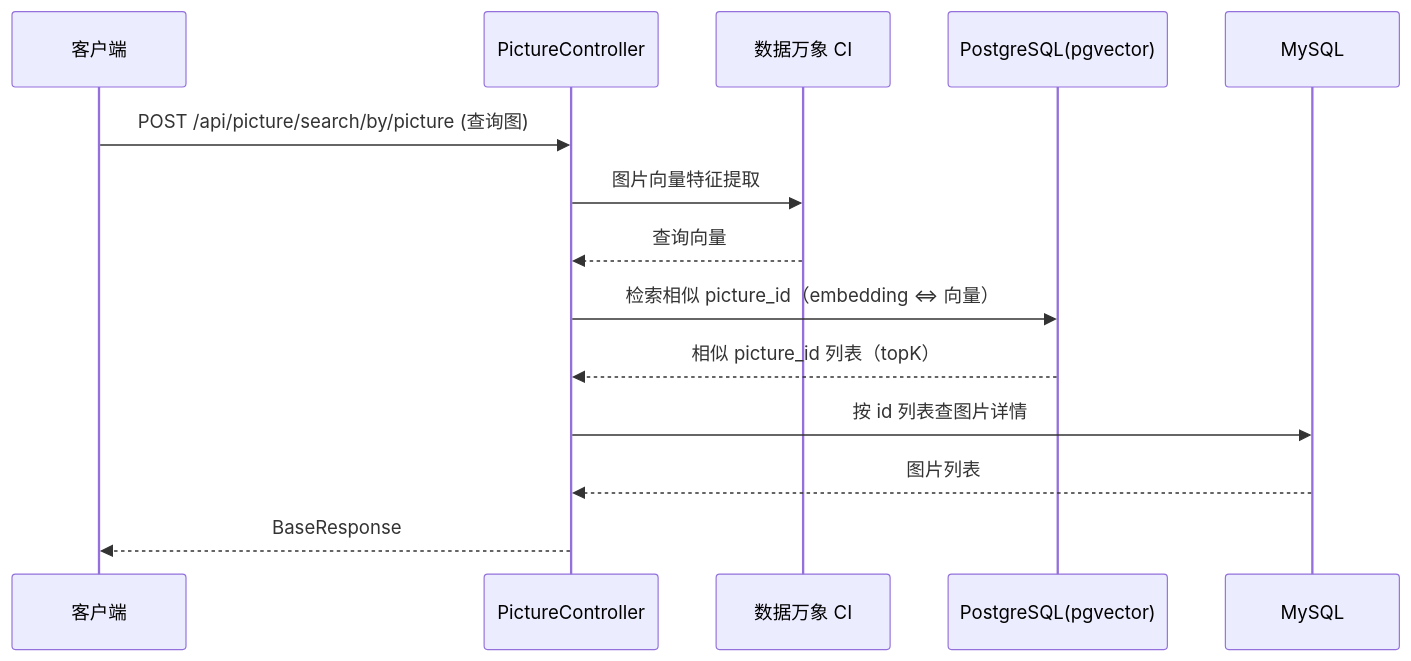
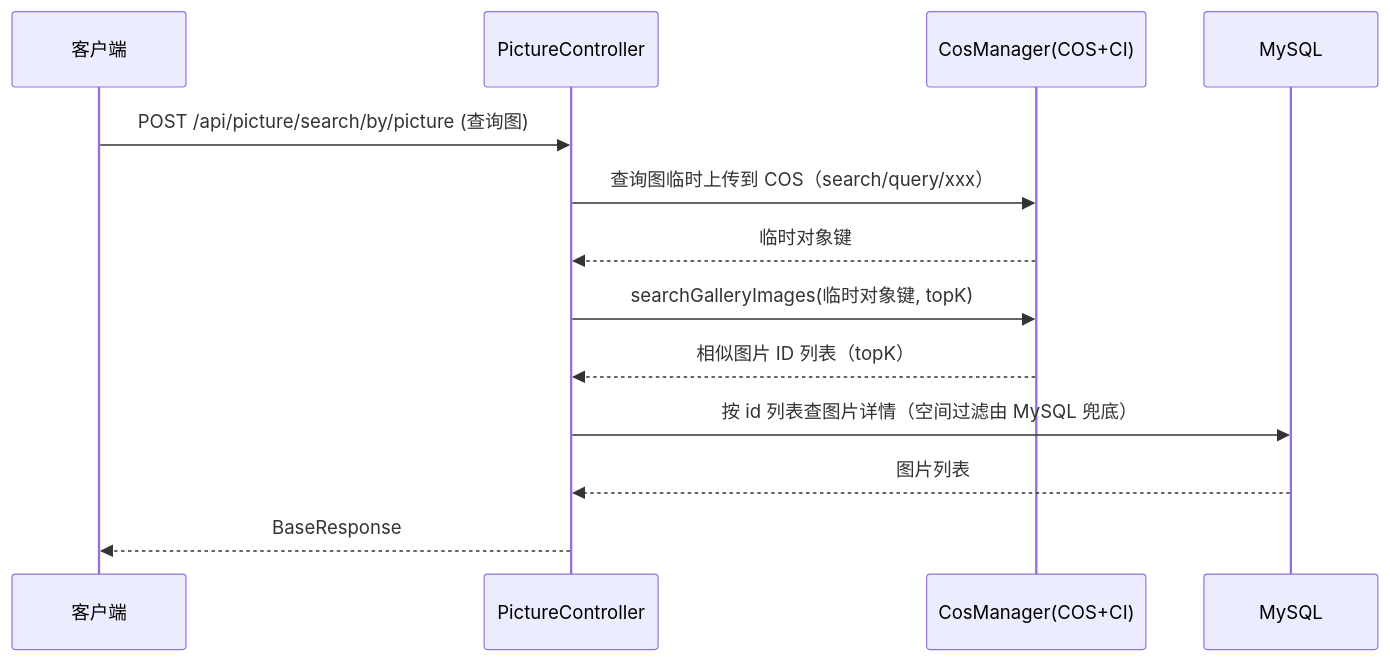
Before and after one commit to ylumqaq/cloud-gallery: the fifth of 6 diagrams in docs/backend/详细设计文档.md, drawn with Mermaid. The commit also changed other lines of this file and 30 other files, not shown here.

Commit message:
删除以图搜图策略模式，仅保留腾讯云 CI 托管图片检索

````diff
--- a/docs/backend/详细设计文档.md
+++ b/docs/backend/详细设计文档.md
@@ -109,17 +108,16 @@
 ```mermaid
 sequenceDiagram
     participant C as 客户端
     participant Ctrl as PictureController
-    participant CI as 数据万象 CI
-    participant PG as PostgreSQL(pgvector)
+    participant COS as CosManager(COS+CI)
     participant DB as MySQL
 
     C->>Ctrl: POST /api/picture/search/by/picture (查询图)
-    Ctrl->>CI: 图片向量特征提取
-    CI-->>Ctrl: 查询向量
-    Ctrl->>PG: 检索相似 picture_id（embedding <=> 向量）
-    PG-->>Ctrl: 相似 picture_id 列表（topK）
-    Ctrl->>DB: 按 id 列表查图片详情
+    Ctrl->>COS: 查询图临时上传到 COS（search/query/xxx）
+    COS-->>Ctrl: 临时对象键
+    Ctrl->>COS: searchGalleryImages(临时对象键, topK)
+    COS-->>Ctrl: 相似图片 ID 列表（topK）
+    Ctrl->>DB: 按 id 列表查图片详情（空间过滤由 MySQL 兜底）
     DB-->>Ctrl: 图片列表
     Ctrl-->>C: BaseResponse
 ```
````
